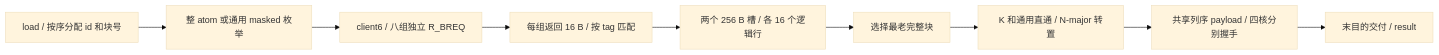
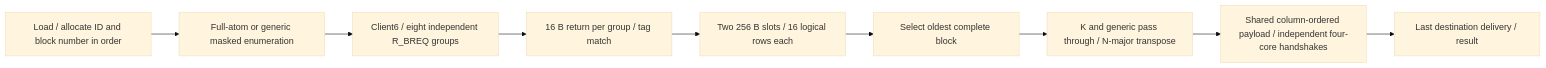
The diagram in doc/rtl_specs/tensor_core/blackwell_tc_b_loader.md (yuhin777/Allegro), drawn with Mermaid (base theme) before and after one commit. The commit also changed other lines of this file and 45 other files, not shown here.

````diff
--- a/doc/rtl_specs/tensor_core/blackwell_tc_b_loader.md
+++ b/doc/rtl_specs/tensor_core/blackwell_tc_b_loader.md
@@ -19,11 +19,11 @@
 ```mermaid
 flowchart LR
- L[load / 按序分配 id 和块号] --> E[整 atom 或通用 masked 枚举]
- E --> SM[client6 / 八组独立 R_BREQ]
- SM --> R[每组返回 16 B / 按 tag 匹配]
- R --> S[两个 256 B 槽 / 各 16 个逻辑行]
- S --> M[选择最老完整块]
- M --> X[K 和通用直通 / N-major 转置]
- X --> C[共享列序 payload / 四核分别握手]
- C --> F[末目的交付 / result]
+ L["Load / allocate ID and block number in order"] --> E["Full-atom or generic masked enumeration"]
+ E --> SM["Client6 / eight independent R_BREQ groups"]
+ SM --> R["16 B return per group / tag match"]
+ R --> S["Two 256 B slots / 16 logical rows each"]
+ S --> M["Select oldest complete block"]
+ M --> X["K and generic pass through / N-major transpose"]
+ X --> C["Shared column-ordered payload / independent four-core handshakes"]
+ C --> F["Last destination delivery / result"]
 ```
````
